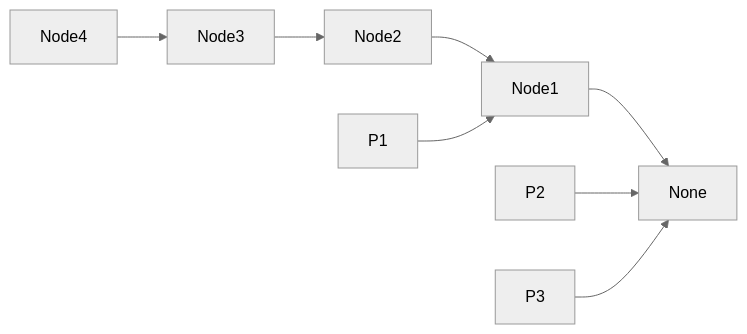
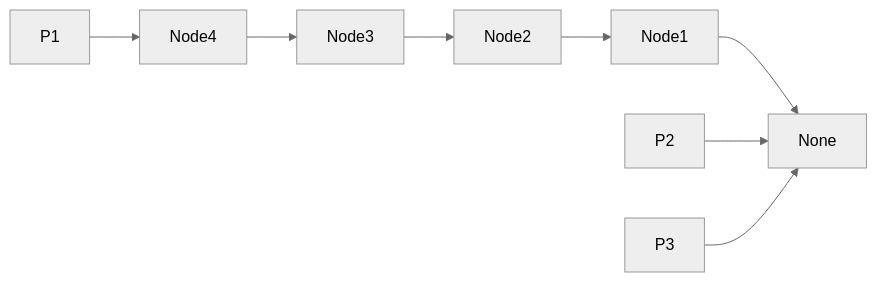
The fifth of 5 diagrams in Linked List/206. Reverse Linked List.md (davidanukam/LeetCode-Learning), drawn with Mermaid (neutral theme) before and after one commit.

Commit message:
vault backup: 2026-08-22 21:29:58

````diff
--- a/Linked List/206. Reverse Linked List.md
+++ b/Linked List/206. Reverse Linked List.md
@@ -91,12 +91,12 @@
 ```mermaid
 flowchart LR    
 	Node1 --> None
     Node2 --> Node1
     Node4 --> Node3
     Node3 --> Node2
     
-    P2[P2] --> None
-    P3[P3] --> None
+    P2 --> None
+    P3 --> None
     
-    P1 --> Node1
+    P1 --> Node4
 ```
````
